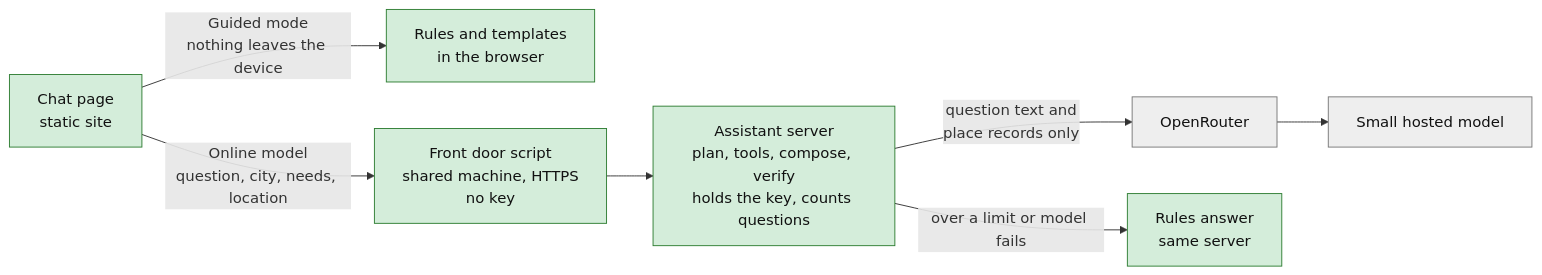
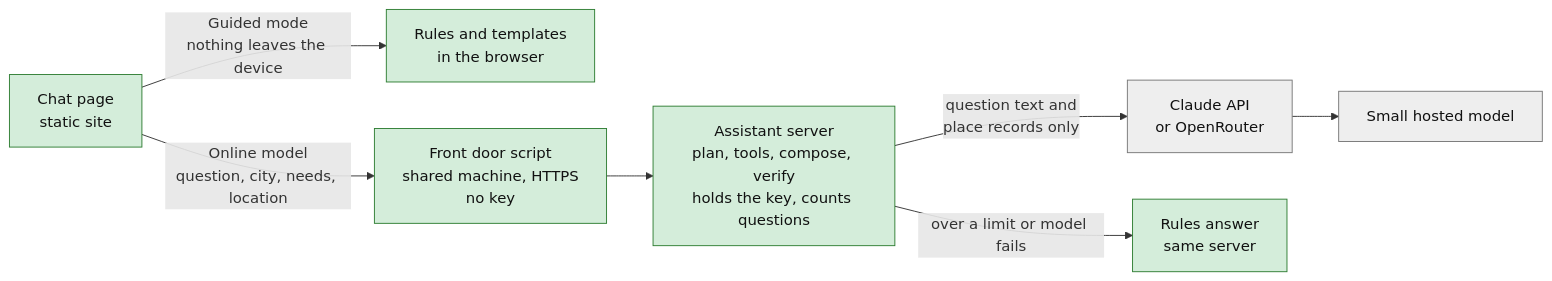
One commit to zenaism/accessibility-map changed diagram 26 of 27 in docs/architecture.md. Above: the diagram before and after it, drawn with Mermaid. The commit also changed 8 other files, not shown here.

First line of the commit message:
Assistant: call the Claude API directly as the default hosted provider (D-104 update)

````diff
--- a/docs/architecture.md
+++ b/docs/architecture.md
@@ -626,15 +626,15 @@
 ```mermaid
 flowchart LR
   P["Chat page<br/>static site"] -->|"Guided mode<br/>nothing leaves the device"| G["Rules and templates<br/>in the browser"]
   P -->|"Online model<br/>question, city, needs, location"| F["Front door script<br/>shared machine, HTTPS<br/>no key"]
   F --> S["Assistant server<br/>plan, tools, compose, verify<br/>holds the key, counts questions"]
-  S -->|"question text and<br/>place records only"| O["OpenRouter"]
+  S -->|"question text and<br/>place records only"| O["Claude API<br/>or OpenRouter"]
   O --> M["Small hosted model"]
   S -->|"over a limit or model fails"| R["Rules answer<br/>same server"]
   classDef built fill:#d4edda,stroke:#2e7d32,color:#111
   classDef planned fill:#dbeafe,stroke:#1d4ed8,color:#111
   classDef ext fill:#eeeeee,stroke:#777,color:#111
   class P,G,R built
   class F,S built
   class O,M ext
 ```
````
